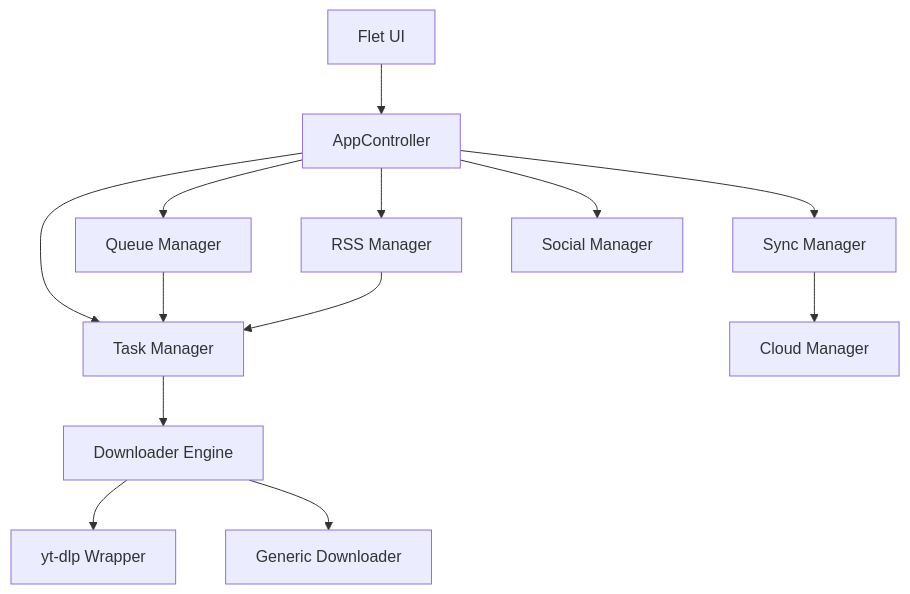
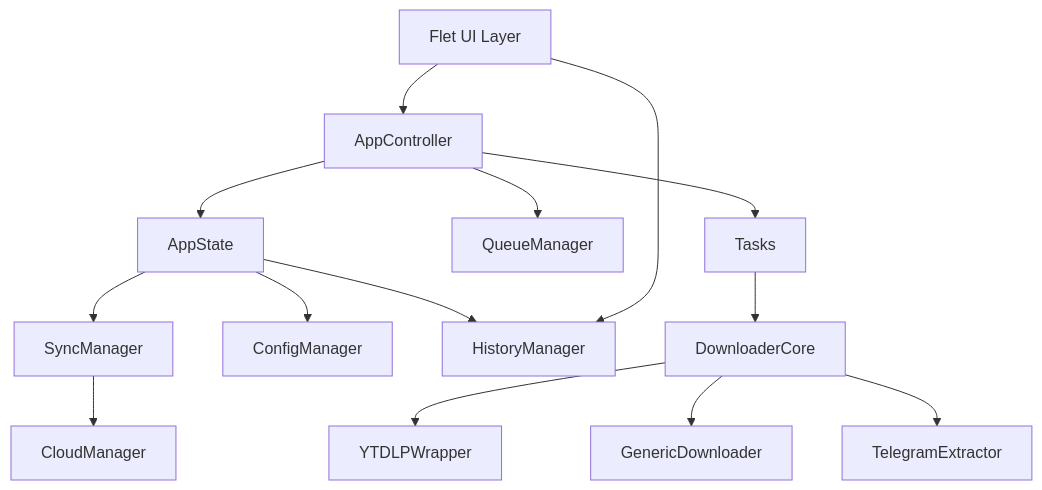
Before and after one commit to AmirrezaFarnamTaheri/YTDownloader: the diagram in wiki/Architecture.md, drawn with Mermaid. The commit also changed other lines of this file and 79 other files, not shown here.

````diff
--- a/wiki/Architecture.md
+++ b/wiki/Architecture.md
@@ -7,15 +7,16 @@
 ```mermaid
 graph TD
-    UI[Flet UI] --> AppController
-    AppController --> TaskManager[Task Manager]
-    AppController --> QueueManager[Queue Manager]
-    AppController --> RSSManager[RSS Manager]
-    AppController --> SyncManager[Sync Manager]
-    AppController --> SocialManager[Social Manager]
-    TaskManager --> Downloader[Downloader Engine]
-    Downloader --> YTDLP[yt-dlp Wrapper]
-    Downloader --> Generic[Generic Downloader]
-    QueueManager --> TaskManager
-    SyncManager --> CloudManager[Cloud Manager]
-    RSSManager --> TaskManager
+    UI[Flet UI Layer] --> AppController
+    AppController --> AppState
+    AppController --> QueueManager
+    AppController --> Tasks
+    Tasks --> DownloaderCore
+    DownloaderCore --> YTDLPWrapper
+    DownloaderCore --> GenericDownloader
+    DownloaderCore --> TelegramExtractor
+    AppState --> ConfigManager
+    AppState --> HistoryManager
+    AppState --> SyncManager
+    SyncManager --> CloudManager
+    UI --> HistoryManager
 ```
````
